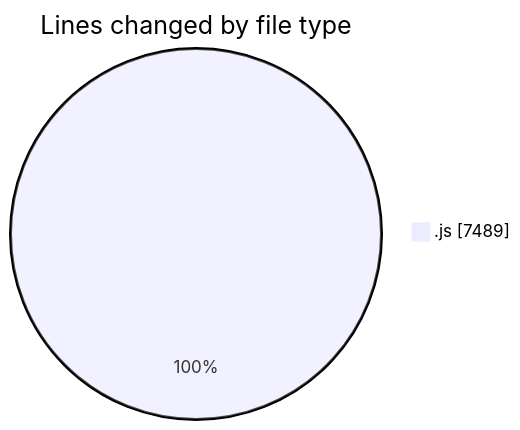
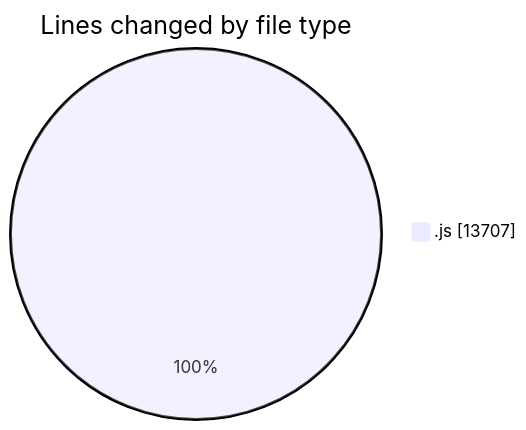
One commit to nxtqubesakshisongat/code-tracking changed the first of 2 diagrams in 2025-09-30/nxtqube_webapp/README.md. Above: the diagram before and after it, drawn with Mermaid. The commit also changed other lines of this file and 1 other file, not shown here.

````diff
--- a/2025-09-30/nxtqube_webapp/README.md
+++ b/2025-09-30/nxtqube_webapp/README.md
@@ -20,5 +20,5 @@
 ```mermaid
 pie showData
 title Lines changed by file type
-".js" : 7489
+".js" : 13707
 ```
````
